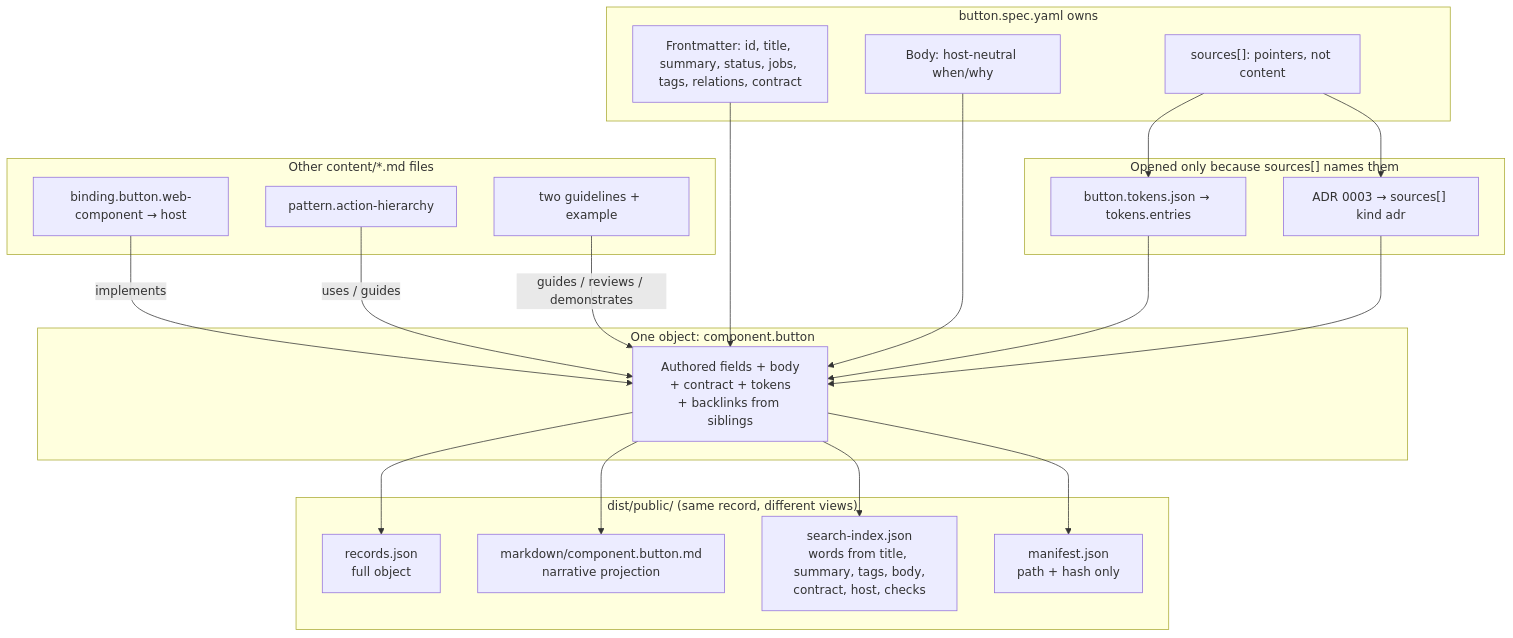
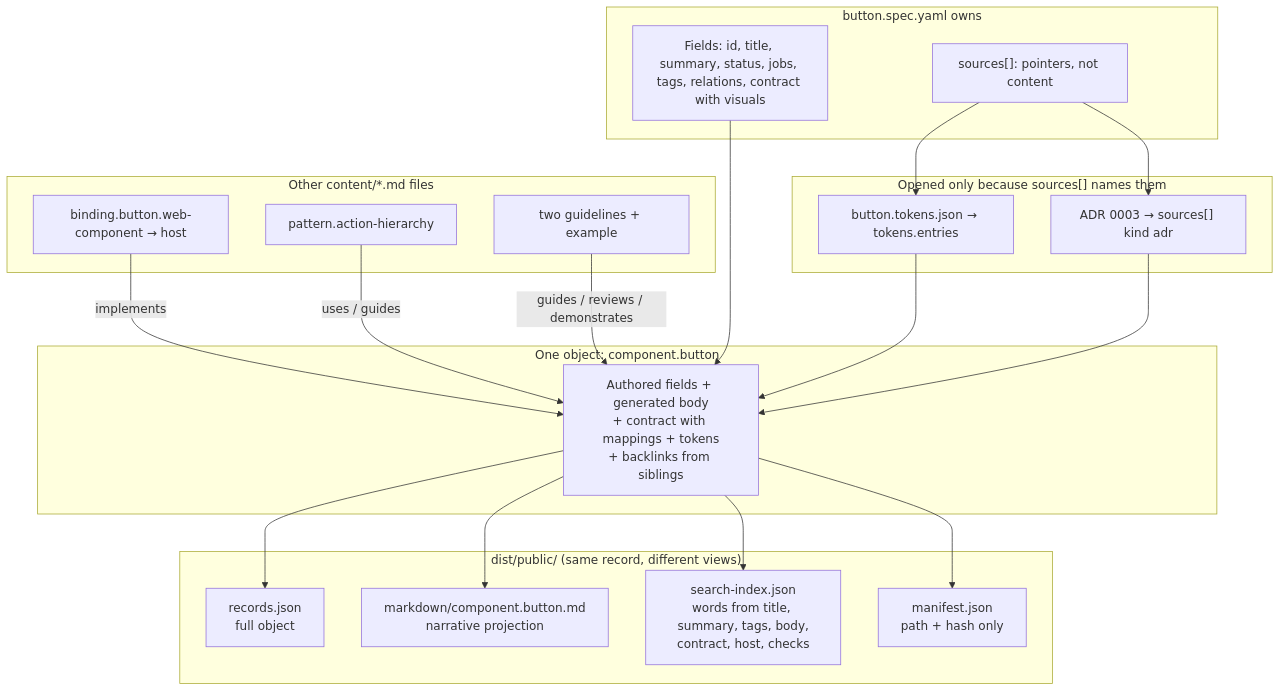
The diagram in docs/knowledge/README.md (stevegreco/taproot), drawn with Mermaid before and after one commit. The commit also changed other lines of this file and 7 other files, not shown here.

````diff
--- a/docs/knowledge/README.md
+++ b/docs/knowledge/README.md
@@ -82,44 +72,42 @@
 ```mermaid
 flowchart TB
   subgraph authored["button.spec.yaml owns"]
-    FM["Frontmatter: id, title, summary, status, jobs, tags, relations, contract"]
-    BODY["Body: host-neutral when/why"]
+    FM["Fields: id, title, summary, status, jobs, tags, relations, contract with visuals"]
     SRC["sources[]: pointers, not content"]
   end
 
   subgraph domain["Opened only because sources[] names them"]
     TOK["button.tokens.json → tokens.entries"]
     ADR["ADR 0003 → sources[] kind adr"]
   end
 
   subgraph siblings["Other content/*.md files"]
     BIND["binding.button.web-component → host"]
     PAT["pattern.action-hierarchy"]
     GL["two guidelines + example"]
   end
 
   subgraph record["One object: component.button"]
-    R["Authored fields + body<br/>+ contract + tokens<br/>+ backlinks from siblings"]
+    R["Authored fields + generated body<br/>+ contract with mappings + tokens<br/>+ backlinks from siblings"]
   end
 
   subgraph dist["dist/public/  (same record, different views)"]
     JSON["records.json<br/>full object"]
     MD["markdown/component.button.md<br/>narrative projection"]
     IDX["search-index.json<br/>words from title, summary, tags, body,<br/>contract, host, checks"]
     MAN["manifest.json<br/>path + hash only"]
   end
 
   FM --> R
-  BODY --> R
   SRC --> TOK
   SRC --> ADR
   BIND -->|"implements"| R
   TOK --> R
   ADR --> R
   PAT -->|"uses / guides"| R
   GL -->|"guides / reviews / demonstrates"| R
   R --> JSON
   R --> MD
   R --> IDX
   R --> MAN
 ```
````
